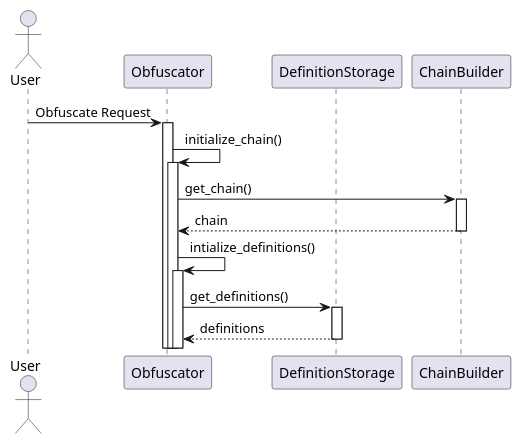
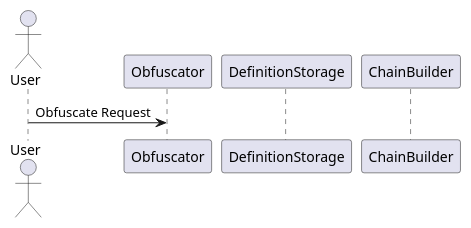
One commit to DrewTChrist/obscurepy changed the diagram in plantuml/sequence_diagram.puml. Above: the diagram before and after it, drawn with PlantUML. The commit also changed 16 other files, not shown here.

```diff
--- a/plantuml/sequence_diagram.puml
+++ b/plantuml/sequence_diagram.puml
@@ -1,16 +1,14 @@
 @startuml
-autoactivate on
+'autoactivate on
 actor User as User
 participant Obfuscator
 participant DefinitionStorage
 participant ChainBuilder
 
-User->Obfuscator:Obfuscate Request
-Obfuscator->Obfuscator:initialize_chain()
-Obfuscator->ChainBuilder:get_chain()
-return chain
-Obfuscator->Obfuscator:intialize_definitions()
-Obfuscator->DefinitionStorage: get_definitions()
-return definitions
+' comment
+/'
+multi line comment
+'/
+User -> Obfuscator : Obfuscate Request
 
 @enduml
```
